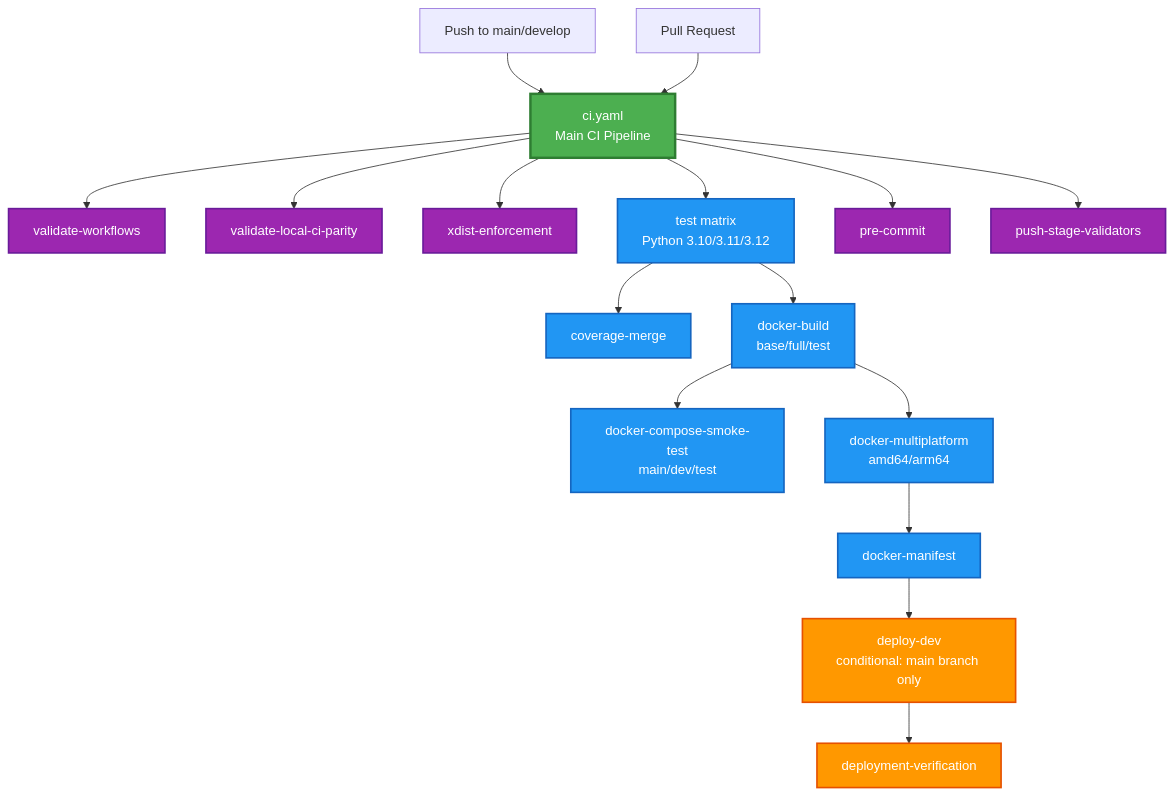
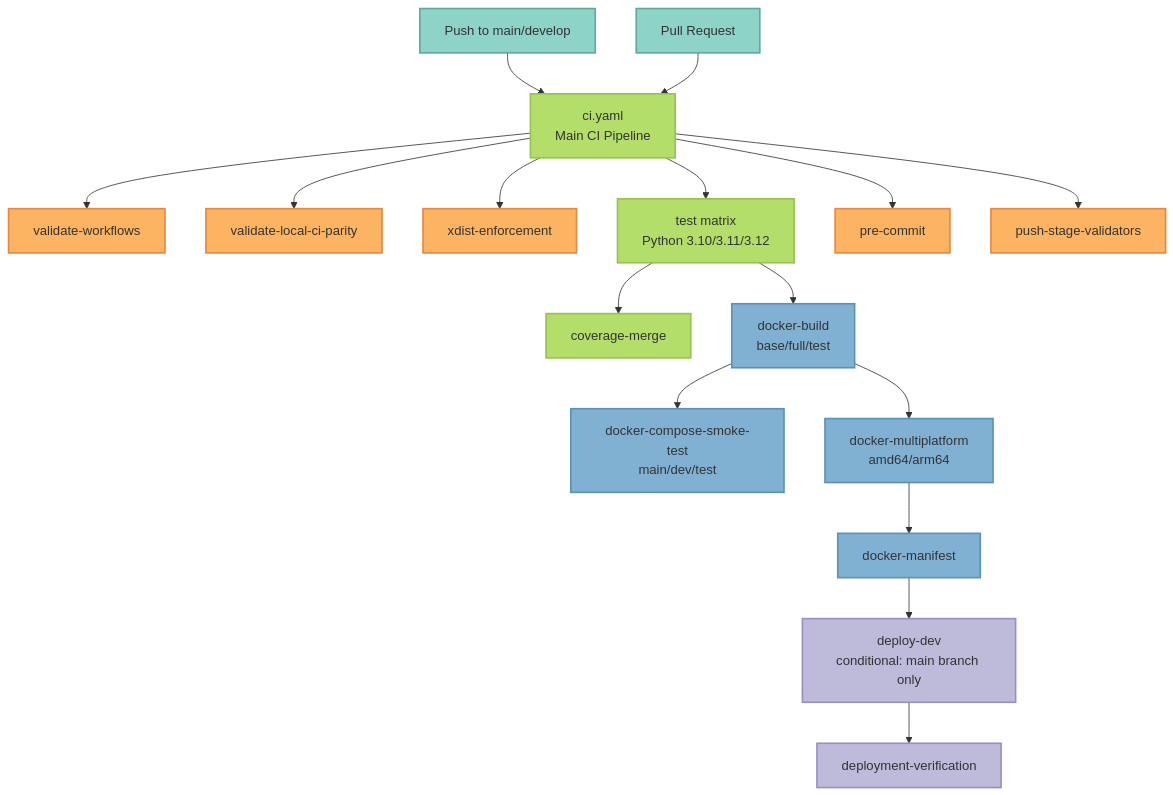
Before and after one commit to vishnu2kmohan/mcp-server-langgraph: the first of 12 diagrams in docs/development/workflow-diagram.mdx, drawn with Mermaid. The commit also changed other lines of this file and 201 other files, not shown here.

````diff
--- a/docs/development/workflow-diagram.mdx
+++ b/docs/development/workflow-diagram.mdx
@@ -23,36 +23,39 @@
 ```mermaid
-graph TD
+%% ColorBrewer2 Set3 palette - each component type uniquely colored
+flowchart TD
     %% Main CI Pipeline
     Push[Push to main/develop] --> CI[ci.yaml<br/>Main CI Pipeline]
     PR[Pull Request] --> CI
 
     CI --> VW[validate-workflows]
     CI --> VP[validate-local-ci-parity]
     CI --> XE[xdist-enforcement]
     CI --> Test[test matrix<br/>Python 3.10/3.11/3.12]
     CI --> PC[pre-commit]
     CI --> PSV[push-stage-validators]
 
     Test --> CM[coverage-merge]
     Test --> DB[docker-build<br/>base/full/test]
 
     DB --> DCS[docker-compose-smoke-test<br/>main/dev/test]
     DB --> DM[docker-multiplatform<br/>amd64/arm64]
 
     DM --> DMAN[docker-manifest]
 
     DMAN --> Deploy[deploy-dev<br/>conditional: main branch only]
 
     Deploy --> DV[deployment-verification]
 
-    %% Styling
-    classDef mainFlow fill:#4CAF50,stroke:#2E7D32,stroke-width:3px,color:#fff
-    classDef testFlow fill:#2196F3,stroke:#1565C0,stroke-width:2px,color:#fff
-    classDef deployFlow fill:#FF9800,stroke:#E65100,stroke-width:2px,color:#fff
-    classDef validationFlow fill:#9C27B0,stroke:#6A1B9A,stroke-width:2px,color:#fff
+    %% ColorBrewer Set3 Styling
+    classDef clientStyle fill:#8dd3c7,stroke:#5fa99d,stroke-width:2px,color:#333
+    classDef validationStyle fill:#fdb462,stroke:#e8873f,stroke-width:2px,color:#333
+    classDef serviceStyle fill:#bebada,stroke:#9b8ec7,stroke-width:2px,color:#333
+    classDef successStyle fill:#b3de69,stroke:#97c24f,stroke-width:2px,color:#333
+    classDef storageStyle fill:#80b1d3,stroke:#5a91b8,stroke-width:2px,color:#333
 
-    class CI mainFlow
-    class Test,CM,DB,DCS,DM,DMAN testFlow
-    class Deploy,DV deployFlow
-    class VW,VP,XE,PC,PSV validationFlow
+    class Push,PR clientStyle
+    class CI,Test,CM successStyle
+    class VW,VP,XE,PC,PSV validationStyle
+    class DB,DCS,DM,DMAN storageStyle
+    class Deploy,DV serviceStyle
 ```
````
